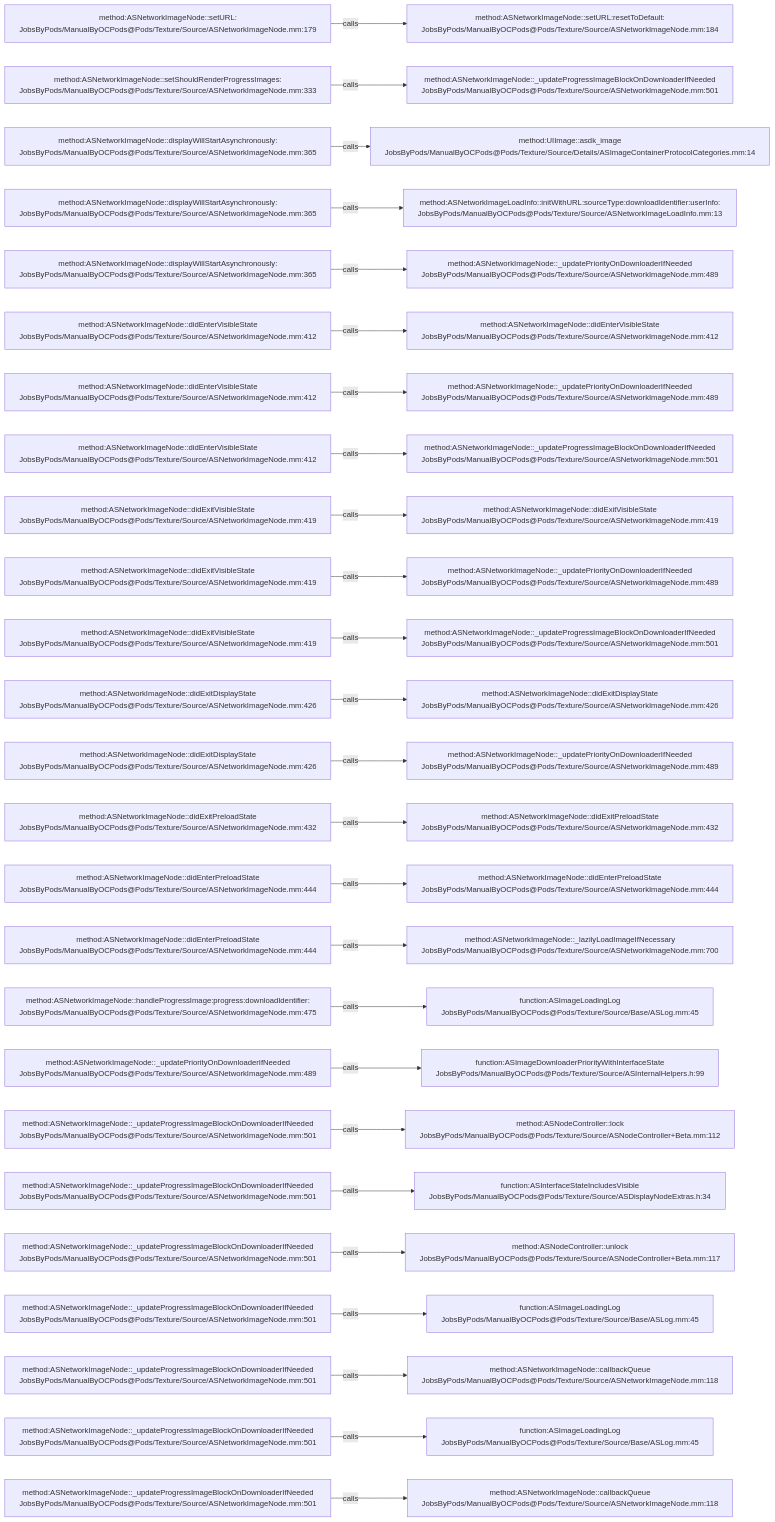
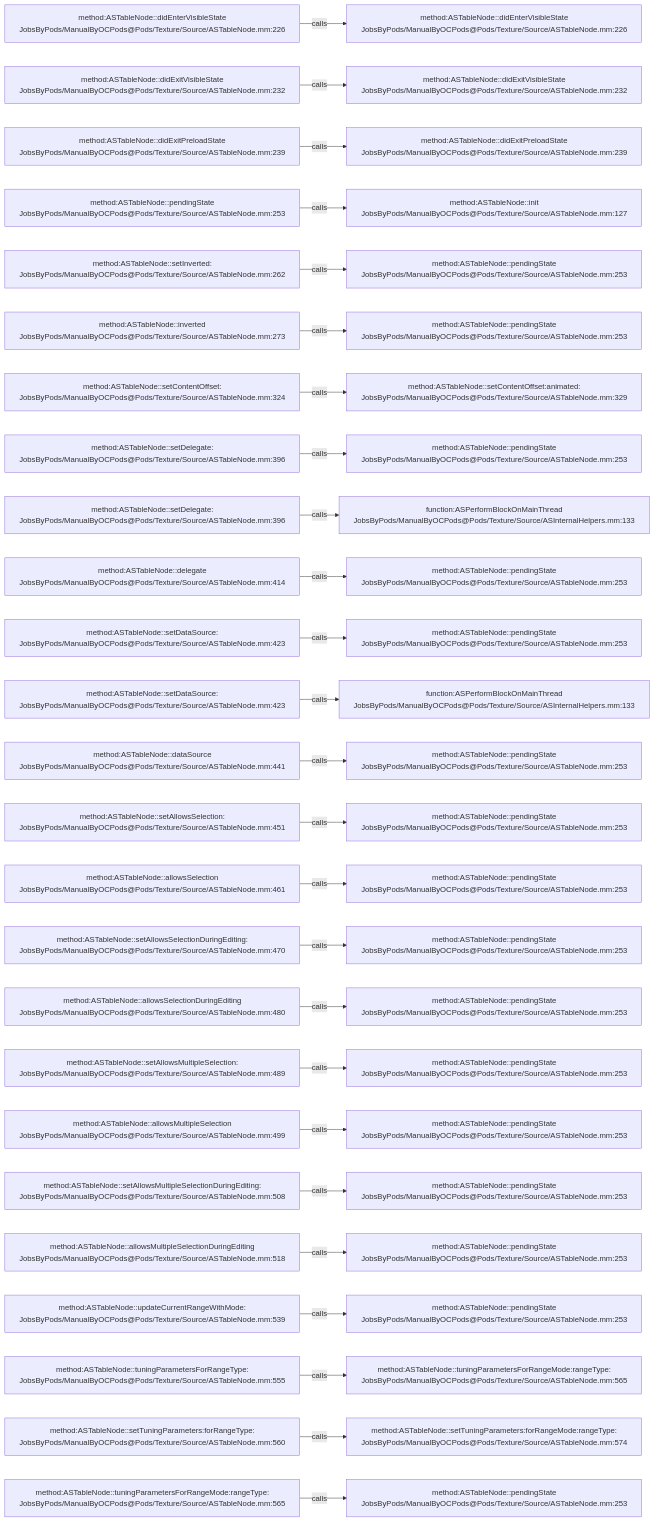
The diagram in .codegraph/codegraph.md/graphs/calls-125.md (JobsKits/JobsOCBaseConfigDemo), drawn with Mermaid before and after one commit. The commit also changed 1223 other files, not shown here.

````diff
--- a/.codegraph/codegraph.md/graphs/calls-125.md
+++ b/.codegraph/codegraph.md/graphs/calls-125.md
@@ -13,78 +13,78 @@
 ```mermaid
 flowchart LR
-  S1["method:ASNetworkImageNode::setURL:<br/>JobsByPods/ManualByOCPods@Pods/Texture/Source/ASNetworkImageNode.mm:179"]
-  T1["method:ASNetworkImageNode::setURL:resetToDefault:<br/>JobsByPods/ManualByOCPods@Pods/Texture/Source/ASNetworkImageNode.mm:184"]
+  S1["method:ASTableNode::didEnterVisibleState<br/>JobsByPods/ManualByOCPods@Pods/Texture/Source/ASTableNode.mm:226"]
+  T1["method:ASTableNode::didEnterVisibleState<br/>JobsByPods/ManualByOCPods@Pods/Texture/Source/ASTableNode.mm:226"]
   S1 -->|calls| T1
-  S2["method:ASNetworkImageNode::setShouldRenderProgressImages:<br/>JobsByPods/ManualByOCPods@Pods/Texture/Source/ASNetworkImageNode.mm:333"]
-  T2["method:ASNetworkImageNode::_updateProgressImageBlockOnDownloaderIfNeeded<br/>JobsByPods/ManualByOCPods@Pods/Texture/Source/ASNetworkImageNode.mm:501"]
+  S2["method:ASTableNode::didExitVisibleState<br/>JobsByPods/ManualByOCPods@Pods/Texture/Source/ASTableNode.mm:232"]
+  T2["method:ASTableNode::didExitVisibleState<br/>JobsByPods/ManualByOCPods@Pods/Texture/Source/ASTableNode.mm:232"]
   S2 -->|calls| T2
-  S3["method:ASNetworkImageNode::displayWillStartAsynchronously:<br/>JobsByPods/ManualByOCPods@Pods/Texture/Source/ASNetworkImageNode.mm:365"]
-  T3["method:UIImage::asdk_image<br/>JobsByPods/ManualByOCPods@Pods/Texture/Source/Details/ASImageContainerProtocolCategories.mm:14"]
+  S3["method:ASTableNode::didExitPreloadState<br/>JobsByPods/ManualByOCPods@Pods/Texture/Source/ASTableNode.mm:239"]
+  T3["method:ASTableNode::didExitPreloadState<br/>JobsByPods/ManualByOCPods@Pods/Texture/Source/ASTableNode.mm:239"]
   S3 -->|calls| T3
-  S4["method:ASNetworkImageNode::displayWillStartAsynchronously:<br/>JobsByPods/ManualByOCPods@Pods/Texture/Source/ASNetworkImageNode.mm:365"]
-  T4["method:ASNetworkImageLoadInfo::initWithURL:sourceType:downloadIdentifier:userInfo:<br/>JobsByPods/ManualByOCPods@Pods/Texture/Source/ASNetworkImageLoadInfo.mm:13"]
+  S4["method:ASTableNode::pendingState<br/>JobsByPods/ManualByOCPods@Pods/Texture/Source/ASTableNode.mm:253"]
+  T4["method:ASTableNode::init<br/>JobsByPods/ManualByOCPods@Pods/Texture/Source/ASTableNode.mm:127"]
   S4 -->|calls| T4
-  S5["method:ASNetworkImageNode::displayWillStartAsynchronously:<br/>JobsByPods/ManualByOCPods@Pods/Texture/Source/ASNetworkImageNode.mm:365"]
-  T5["method:ASNetworkImageNode::_updatePriorityOnDownloaderIfNeeded<br/>JobsByPods/ManualByOCPods@Pods/Texture/Source/ASNetworkImageNode.mm:489"]
+  S5["method:ASTableNode::setInverted:<br/>JobsByPods/ManualByOCPods@Pods/Texture/Source/ASTableNode.mm:262"]
+  T5["method:ASTableNode::pendingState<br/>JobsByPods/ManualByOCPods@Pods/Texture/Source/ASTableNode.mm:253"]
   S5 -->|calls| T5
-  S6["method:ASNetworkImageNode::didEnterVisibleState<br/>JobsByPods/ManualByOCPods@Pods/Texture/Source/ASNetworkImageNode.mm:412"]
-  T6["method:ASNetworkImageNode::didEnterVisibleState<br/>JobsByPods/ManualByOCPods@Pods/Texture/Source/ASNetworkImageNode.mm:412"]
+  S6["method:ASTableNode::inverted<br/>JobsByPods/ManualByOCPods@Pods/Texture/Source/ASTableNode.mm:273"]
+  T6["method:ASTableNode::pendingState<br/>JobsByPods/ManualByOCPods@Pods/Texture/Source/ASTableNode.mm:253"]
   S6 -->|calls| T6
-  S7["method:ASNetworkImageNode::didEnterVisibleState<br/>JobsByPods/ManualByOCPods@Pods/Texture/Source/ASNetworkImageNode.mm:412"]
-  T7["method:ASNetworkImageNode::_updatePriorityOnDownloaderIfNeeded<br/>JobsByPods/ManualByOCPods@Pods/Texture/Source/ASNetworkImageNode.mm:489"]
+  S7["method:ASTableNode::setContentOffset:<br/>JobsByPods/ManualByOCPods@Pods/Texture/Source/ASTableNode.mm:324"]
+  T7["method:ASTableNode::setContentOffset:animated:<br/>JobsByPods/ManualByOCPods@Pods/Texture/Source/ASTableNode.mm:329"]
   S7 -->|calls| T7
-  S8["method:ASNetworkImageNode::didEnterVisibleState<br/>JobsByPods/ManualByOCPods@Pods/Texture/Source/ASNetworkImageNode.mm:412"]
-  T8["method:ASNetworkImageNode::_updateProgressImageBlockOnDownloaderIfNeeded<br/>JobsByPods/ManualByOCPods@Pods/Texture/Source/ASNetworkImageNode.mm:501"]
+  S8["method:ASTableNode::setDelegate:<br/>JobsByPods/ManualByOCPods@Pods/Texture/Source/ASTableNode.mm:396"]
+  T8["method:ASTableNode::pendingState<br/>JobsByPods/ManualByOCPods@Pods/Texture/Source/ASTableNode.mm:253"]
   S8 -->|calls| T8
-  S9["method:ASNetworkImageNode::didExitVisibleState<br/>JobsByPods/ManualByOCPods@Pods/Texture/Source/ASNetworkImageNode.mm:419"]
-  T9["method:ASNetworkImageNode::didExitVisibleState<br/>JobsByPods/ManualByOCPods@Pods/Texture/Source/ASNetworkImageNode.mm:419"]
+  S9["method:ASTableNode::setDelegate:<br/>JobsByPods/ManualByOCPods@Pods/Texture/Source/ASTableNode.mm:396"]
+  T9["function:ASPerformBlockOnMainThread<br/>JobsByPods/ManualByOCPods@Pods/Texture/Source/ASInternalHelpers.mm:133"]
   S9 -->|calls| T9
-  S10["method:ASNetworkImageNode::didExitVisibleState<br/>JobsByPods/ManualByOCPods@Pods/Texture/Source/ASNetworkImageNode.mm:419"]
-  T10["method:ASNetworkImageNode::_updatePriorityOnDownloaderIfNeeded<br/>JobsByPods/ManualByOCPods@Pods/Texture/Source/ASNetworkImageNode.mm:489"]
+  S10["method:ASTableNode::delegate<br/>JobsByPods/ManualByOCPods@Pods/Texture/Source/ASTableNode.mm:414"]
+  T10["method:ASTableNode::pendingState<br/>JobsByPods/ManualByOCPods@Pods/Texture/Source/ASTableNode.mm:253"]
   S10 -->|calls| T10
-  S11["method:ASNetworkImageNode::didExitVisibleState<br/>JobsByPods/ManualByOCPods@Pods/Texture/Source/ASNetworkImageNode.mm:419"]
-  T11["method:ASNetworkImageNode::_updateProgressImageBlockOnDownloaderIfNeeded<br/>JobsByPods/ManualByOCPods@Pods/Texture/Source/ASNetworkImageNode.mm:501"]
+  S11["method:ASTableNode::setDataSource:<br/>JobsByPods/ManualByOCPods@Pods/Texture/Source/ASTableNode.mm:423"]
+  T11["method:ASTableNode::pendingState<br/>JobsByPods/ManualByOCPods@Pods/Texture/Source/ASTableNode.mm:253"]
   S11 -->|calls| T11
-  S12["method:ASNetworkImageNode::didExitDisplayState<br/>JobsByPods/ManualByOCPods@Pods/Texture/Source/ASNetworkImageNode.mm:426"]
-  T12["method:ASNetworkImageNode::didExitDisplayState<br/>JobsByPods/ManualByOCPods@Pods/Texture/Source/ASNetworkImageNode.mm:426"]
+  S12["method:ASTableNode::setDataSource:<br/>JobsByPods/ManualByOCPods@Pods/Texture/Source/ASTableNode.mm:423"]
+  T12["function:ASPerformBlockOnMainThread<br/>JobsByPods/ManualByOCPods@Pods/Texture/Source/ASInternalHelpers.mm:133"]
   S12 -->|calls| T12
-  S13["method:ASNetworkImageNode::didExitDisplayState<br/>JobsByPods/ManualByOCPods@Pods/Texture/Source/ASNetworkImageNode.mm:426"]
-  T13["method:ASNetworkImageNode::_updatePriorityOnDownloaderIfNeeded<br/>JobsByPods/ManualByOCPods@Pods/Texture/Source/ASNetworkImageNode.mm:489"]
+  S13["method:ASTableNode::dataSource<br/>JobsByPods/ManualByOCPods@Pods/Texture/Source/ASTableNode.mm:441"]
+  T13["method:ASTableNode::pendingState<br/>JobsByPods/ManualByOCPods@Pods/Texture/Source/ASTableNode.mm:253"]
   S13 -->|calls| T13
-  S14["method:ASNetworkImageNode::didExitPreloadState<br/>JobsByPods/ManualByOCPods@Pods/Texture/Source/ASNetworkImageNode.mm:432"]
-  T14["method:ASNetworkImageNode::didExitPreloadState<br/>JobsByPods/ManualByOCPods@Pods/Texture/Source/ASNetworkImageNode.mm:432"]
+  S14["method:ASTableNode::setAllowsSelection:<br/>JobsByPods/ManualByOCPods@Pods/Texture/Source/ASTableNode.mm:451"]
+  T14["method:ASTableNode::pendingState<br/>JobsByPods/ManualByOCPods@Pods/Texture/Source/ASTableNode.mm:253"]
   S14 -->|calls| T14
-  S15["method:ASNetworkImageNode::didEnterPreloadState<br/>JobsByPods/ManualByOCPods@Pods/Texture/Source/ASNetworkImageNode.mm:444"]
-  T15["method:ASNetworkImageNode::didEnterPreloadState<br/>JobsByPods/ManualByOCPods@Pods/Texture/Source/ASNetworkImageNode.mm:444"]
+  S15["method:ASTableNode::allowsSelection<br/>JobsByPods/ManualByOCPods@Pods/Texture/Source/ASTableNode.mm:461"]
+  T15["method:ASTableNode::pendingState<br/>JobsByPods/ManualByOCPods@Pods/Texture/Source/ASTableNode.mm:253"]
   S15 -->|calls| T15
-  S16["method:ASNetworkImageNode::didEnterPreloadState<br/>JobsByPods/ManualByOCPods@Pods/Texture/Source/ASNetworkImageNode.mm:444"]
-  T16["method:ASNetworkImageNode::_lazilyLoadImageIfNecessary<br/>JobsByPods/ManualByOCPods@Pods/Texture/Source/ASNetworkImageNode.mm:700"]
+  S16["method:ASTableNode::setAllowsSelectionDuringEditing:<br/>JobsByPods/ManualByOCPods@Pods/Texture/Source/ASTableNode.mm:470"]
+  T16["method:ASTableNode::pendingState<br/>JobsByPods/ManualByOCPods@Pods/Texture/Source/ASTableNode.mm:253"]
   S16 -->|calls| T16
-  S17["method:ASNetworkImageNode::handleProgressImage:progress:downloadIdentifier:<br/>JobsByPods/ManualByOCPods@Pods/Texture/Source/ASNetworkImageNode.mm:475"]
-  T17["function:ASImageLoadingLog<br/>JobsByPods/ManualByOCPods@Pods/Texture/Source/Base/ASLog.mm:45"]
+  S17["method:ASTableNode::allowsSelectionDuringEditing<br/>JobsByPods/ManualByOCPods@Pods/Texture/Source/ASTableNode.mm:480"]
+  T17["method:ASTableNode::pendingState<br/>JobsByPods/ManualByOCPods@Pods/Texture/Source/ASTableNode.mm:253"]
   S17 -->|calls| T17
-  S18["method:ASNetworkImageNode::_updatePriorityOnDownloaderIfNeeded<br/>JobsByPods/ManualByOCPods@Pods/Texture/Source/ASNetworkImageNode.mm:489"]
-  T18["function:ASImageDownloaderPriorityWithInterfaceState<br/>JobsByPods/ManualByOCPods@Pods/Texture/Source/ASInternalHelpers.h:99"]
+  S18["method:ASTableNode::setAllowsMultipleSelection:<br/>JobsByPods/ManualByOCPods@Pods/Texture/Source/ASTableNode.mm:489"]
+  T18["method:ASTableNode::pendingState<br/>JobsByPods/ManualByOCPods@Pods/Texture/Source/ASTableNode.mm:253"]
   S18 -->|calls| T18
-  S19["method:ASNetworkImageNode::_updateProgressImageBlockOnDownloaderIfNeeded<br/>JobsByPods/ManualByOCPods@Pods/Texture/Source/ASNetworkImageNode.mm:501"]
-  T19["method:ASNodeController::lock<br/>JobsByPods/ManualByOCPods@Pods/Texture/Source/ASNodeController+Beta.mm:112"]
+  S19["method:ASTableNode::allowsMultipleSelection<br/>JobsByPods/ManualByOCPods@Pods/Texture/Source/ASTableNode.mm:499"]
+  T19["method:ASTableNode::pendingState<br/>JobsByPods/ManualByOCPods@Pods/Texture/Source/ASTableNode.mm:253"]
   S19 -->|calls| T19
-  S20["method:ASNetworkImageNode::_updateProgressImageBlockOnDownloaderIfNeeded<br/>JobsByPods/ManualByOCPods@Pods/Texture/Source/ASNetworkImageNode.mm:501"]
-  T20["function:ASInterfaceStateIncludesVisible<br/>JobsByPods/ManualByOCPods@Pods/Texture/Source/ASDisplayNodeExtras.h:34"]
+  S20["method:ASTableNode::setAllowsMultipleSelectionDuringEditing:<br/>JobsByPods/ManualByOCPods@Pods/Texture/Source/ASTableNode.mm:508"]
+  T20["method:ASTableNode::pendingState<br/>JobsByPods/ManualByOCPods@Pods/Texture/Source/ASTableNode.mm:253"]
   S20 -->|calls| T20
-  S21["method:ASNetworkImageNode::_updateProgressImageBlockOnDownloaderIfNeeded<br/>JobsByPods/ManualByOCPods@Pods/Texture/Source/ASNetworkImageNode.mm:501"]
-  T21["method:ASNodeController::unlock<br/>JobsByPods/ManualByOCPods@Pods/Texture/Source/ASNodeController+Beta.mm:117"]
+  S21["method:ASTableNode::allowsMultipleSelectionDuringEditing<br/>JobsByPods/ManualByOCPods@Pods/Texture/Source/ASTableNode.mm:518"]
+  T21["method:ASTableNode::pendingState<br/>JobsByPods/ManualByOCPods@Pods/Texture/Source/ASTableNode.mm:253"]
   S21 -->|calls| T21
-  S22["method:ASNetworkImageNode::_updateProgressImageBlockOnDownloaderIfNeeded<br/>JobsByPods/ManualByOCPods@Pods/Texture/Source/ASNetworkImageNode.mm:501"]
-  T22["function:ASImageLoadingLog<br/>JobsByPods/ManualByOCPods@Pods/Texture/Source/Base/ASLog.mm:45"]
+  S22["method:ASTableNode::updateCurrentRangeWithMode:<br/>JobsByPods/ManualByOCPods@Pods/Texture/Source/ASTableNode.mm:539"]
+  T22["method:ASTableNode::pendingState<br/>JobsByPods/ManualByOCPods@Pods/Texture/Source/ASTableNode.mm:253"]
   S22 -->|calls| T22
-  S23["method:ASNetworkImageNode::_updateProgressImageBlockOnDownloaderIfNeeded<br/>JobsByPods/ManualByOCPods@Pods/Texture/Source/ASNetworkImageNode.mm:501"]
-  T23["method:ASNetworkImageNode::callbackQueue<br/>JobsByPods/ManualByOCPods@Pods/Texture/Source/ASNetworkImageNode.mm:118"]
+  S23["method:ASTableNode::tuningParametersForRangeType:<br/>JobsByPods/ManualByOCPods@Pods/Texture/Source/ASTableNode.mm:555"]
+  T23["method:ASTableNode::tuningParametersForRangeMode:rangeType:<br/>JobsByPods/ManualByOCPods@Pods/Texture/Source/ASTableNode.mm:565"]
   S23 -->|calls| T23
-  S24["method:ASNetworkImageNode::_updateProgressImageBlockOnDownloaderIfNeeded<br/>JobsByPods/ManualByOCPods@Pods/Texture/Source/ASNetworkImageNode.mm:501"]
-  T24["function:ASImageLoadingLog<br/>JobsByPods/ManualByOCPods@Pods/Texture/Source/Base/ASLog.mm:45"]
+  S24["method:ASTableNode::setTuningParameters:forRangeType:<br/>JobsByPods/ManualByOCPods@Pods/Texture/Source/ASTableNode.mm:560"]
+  T24["method:ASTableNode::setTuningParameters:forRangeMode:rangeType:<br/>JobsByPods/ManualByOCPods@Pods/Texture/Source/ASTableNode.mm:574"]
   S24 -->|calls| T24
-  S25["method:ASNetworkImageNode::_updateProgressImageBlockOnDownloaderIfNeeded<br/>JobsByPods/ManualByOCPods@Pods/Texture/Source/ASNetworkImageNode.mm:501"]
-  T25["method:ASNetworkImageNode::callbackQueue<br/>JobsByPods/ManualByOCPods@Pods/Texture/Source/ASNetworkImageNode.mm:118"]
+  S25["method:ASTableNode::tuningParametersForRangeMode:rangeType:<br/>JobsByPods/ManualByOCPods@Pods/Texture/Source/ASTableNode.mm:565"]
+  T25["method:ASTableNode::pendingState<br/>JobsByPods/ManualByOCPods@Pods/Texture/Source/ASTableNode.mm:253"]
   S25 -->|calls| T25
 ```
````
